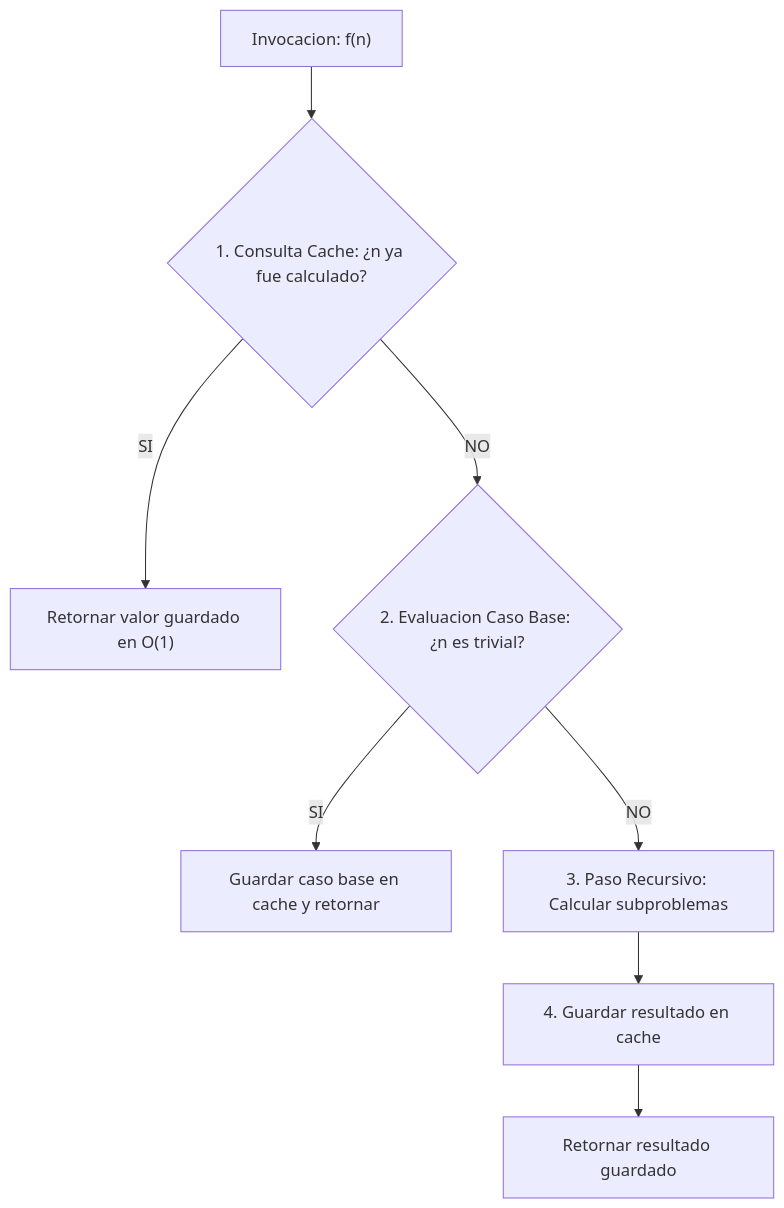
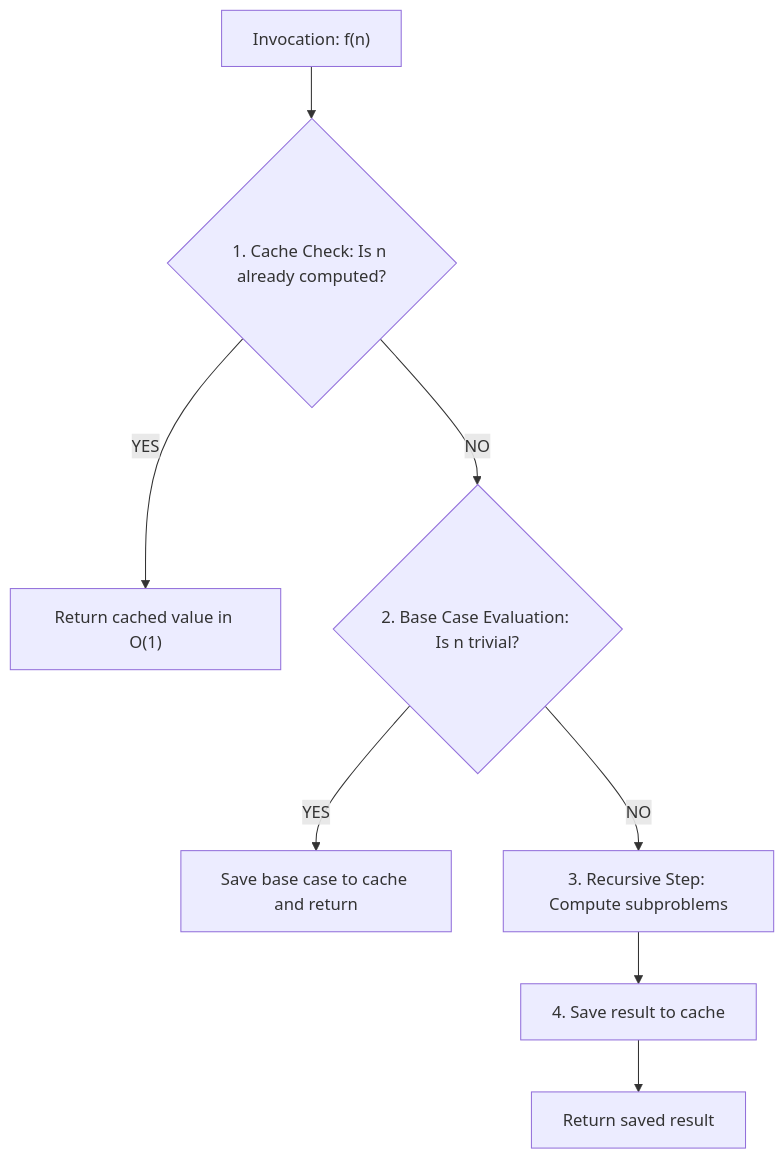
Before and after one commit to MiniLux0/LearningCpp: the first of 2 diagrams in 05_RecursionAlgorithms/theory/L33_Memoization.md, drawn with Mermaid. The commit also changed other lines of this file and 13 other files, not shown here.

Commit message:
Refactor Section 05: English translation & programmatic SVG algorithmic diagrams

````diff
--- a/05_RecursionAlgorithms/theory/L33_Memoization.md
+++ b/05_RecursionAlgorithms/theory/L33_Memoization.md
@@ -60,10 +44,10 @@
 ```mermaid
 graph TD
-    IN["Invocacion: f(n)"] --> C1{"1. Consulta Cache: ¿n ya fue calculado?"}
-    C1 -->|SI| RET1["Retornar valor guardado en O(1)"]
-    C1 -->|NO| BASE{"2. Evaluacion Caso Base: ¿n es trivial?"}
-    BASE -->|SI| SET1["Guardar caso base en cache y retornar"]
-    BASE -->|NO| REC["3. Paso Recursivo: Calcular subproblemas"]
-    REC --> STORE["4. Guardar resultado en cache"]
-    STORE --> RET2["Retornar resultado guardado"]
+    IN["Invocation: f(n)"] --> C1{"1. Cache Check: Is n already computed?"}
+    C1 -->|YES| RET1["Return cached value in O(1)"]
+    C1 -->|NO| BASE{"2. Base Case Evaluation: Is n trivial?"}
+    BASE -->|YES| SET1["Save base case to cache and return"]
+    BASE -->|NO| REC["3. Recursive Step: Compute subproblems"]
+    REC --> STORE["4. Save result to cache"]
+    STORE --> RET2["Return saved result"]
 ```
````
